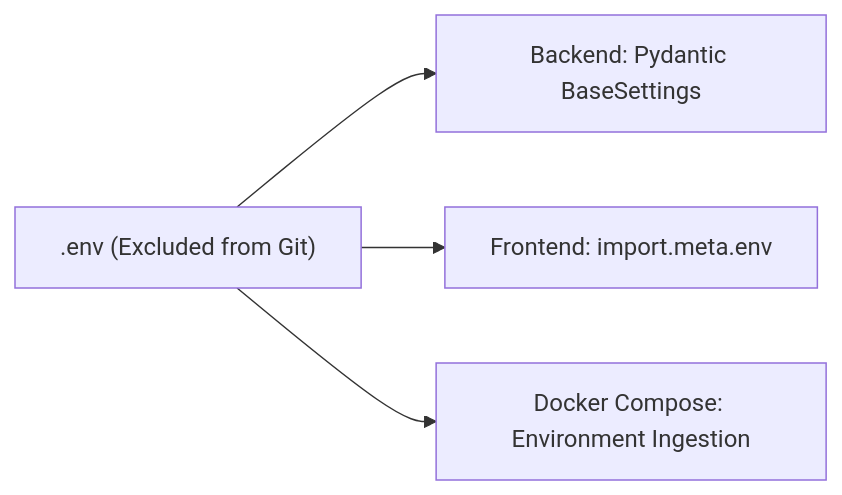
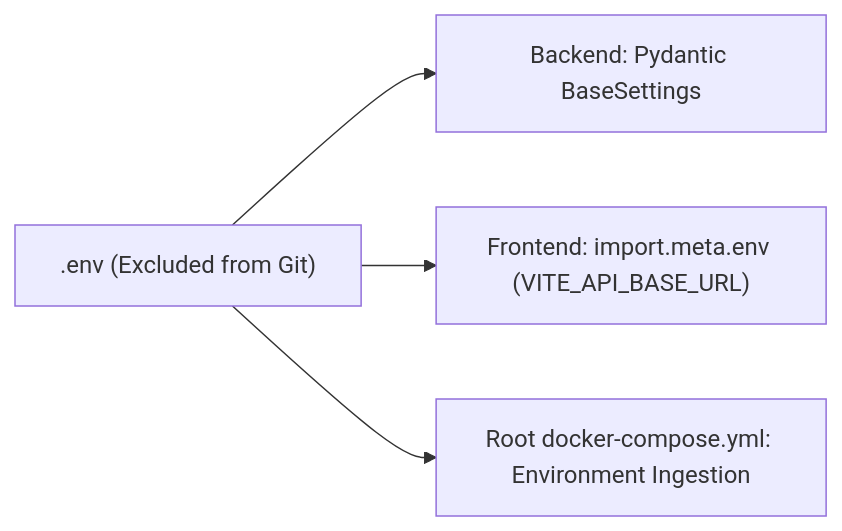
Before and after one commit to noobremon/CSPES: the diagram in docs/ENVIRONMENT_CONFIGURATION.md, drawn with Mermaid. The commit also changed other lines of this file and 192 other files, not shown here.

````diff
--- a/docs/ENVIRONMENT_CONFIGURATION.md
+++ b/docs/ENVIRONMENT_CONFIGURATION.md
@@ -15,6 +15,6 @@
 ```mermaid
 flowchart LR
     EnvFile[".env (Excluded from Git)"] --> Pydantic["Backend: Pydantic BaseSettings"]
-    EnvFile --> Vite["Frontend: import.meta.env"]
-    EnvFile --> Compose["Docker Compose: Environment Ingestion"]
+    EnvFile --> Vite["Frontend: import.meta.env (VITE_API_BASE_URL)"]
+    EnvFile --> Compose["Root docker-compose.yml: Environment Ingestion"]
 ```
````
